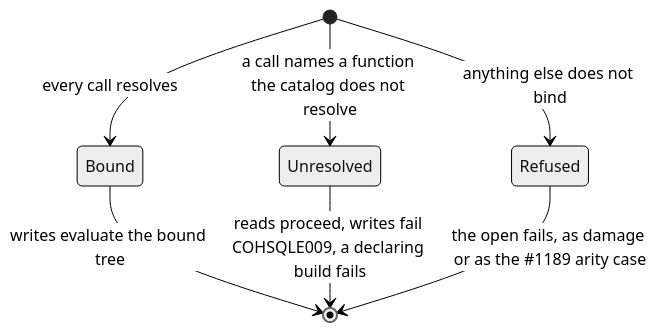
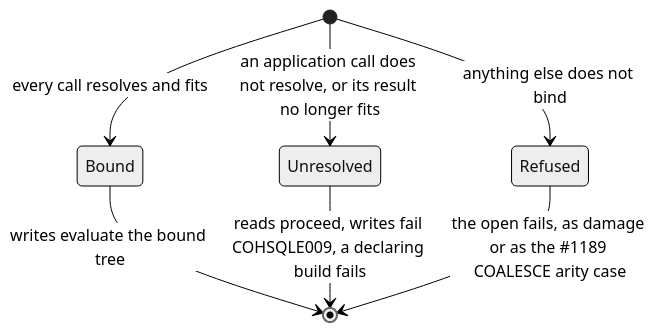
Before and after one commit to assimalign/cohesion: the fourth of 8 diagrams in resources/Database/Assimalign.Cohesion.Database.Sql/docs/DESIGN.md, drawn with Mermaid (neutral theme). The commit also changed other lines of this file and 40 other files, not shown here.

````diff
--- a/resources/Database/Assimalign.Cohesion.Database.Sql/docs/DESIGN.md
+++ b/resources/Database/Assimalign.Cohesion.Database.Sql/docs/DESIGN.md
@@ -432,9 +503,9 @@
 ```mermaid
 stateDiagram-v2
-    [*] --> Bound: every call resolves
-    [*] --> Unresolved: a call names a function the catalog does not resolve
+    [*] --> Bound: every call resolves and fits
+    [*] --> Unresolved: an application call does not resolve, or its result no longer fits
     [*] --> Refused: anything else does not bind
     Bound --> [*]: writes evaluate the bound tree
     Unresolved --> [*]: reads proceed, writes fail COHSQLE009, a declaring build fails
-    Refused --> [*]: the open fails, as damage or as the #1189 arity case
+    Refused --> [*]: the open fails, as damage or as the #1189 COALESCE arity case
 ```
````
